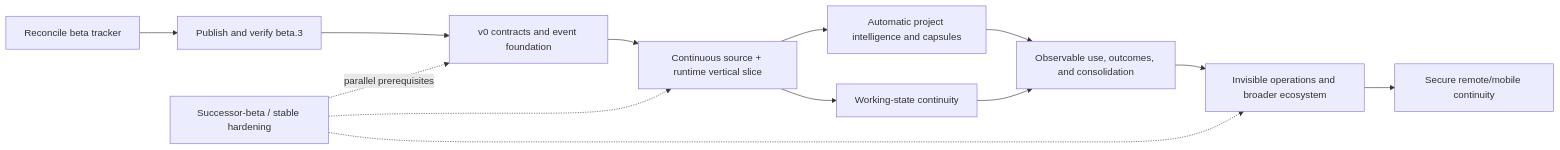
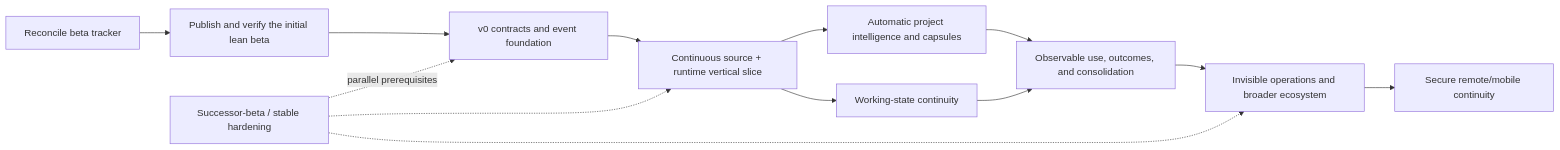
The diagram in docs/product/ZERO_FRICTION_EXECUTION_PLAN.md (Martian-ux/All-The-Context), drawn with Mermaid before and after one commit. The commit also changed other lines of this file and 28 other files, not shown here.

````diff
--- a/docs/product/ZERO_FRICTION_EXECUTION_PLAN.md
+++ b/docs/product/ZERO_FRICTION_EXECUTION_PLAN.md
@@ -78,16 +78,16 @@
 ```mermaid
 flowchart LR
-  T["Reconcile beta tracker"] --> V1["Publish and verify beta.3"]
+  T["Reconcile beta tracker"] --> V1["Publish and verify the initial lean beta"]
   V1 --> F["v0 contracts and event foundation"]
   F --> S["Continuous source + runtime vertical slice"]
   S --> P["Automatic project intelligence and capsules"]
   S --> W["Working-state continuity"]
   P --> O["Observable use, outcomes, and consolidation"]
   W --> O
   O --> M["Invisible operations and broader ecosystem"]
   M --> R["Secure remote/mobile continuity"]
 
   H["Successor-beta / stable hardening"] -. "parallel prerequisites" .-> F
   H -.-> S
   H -.-> M
 ```
````
